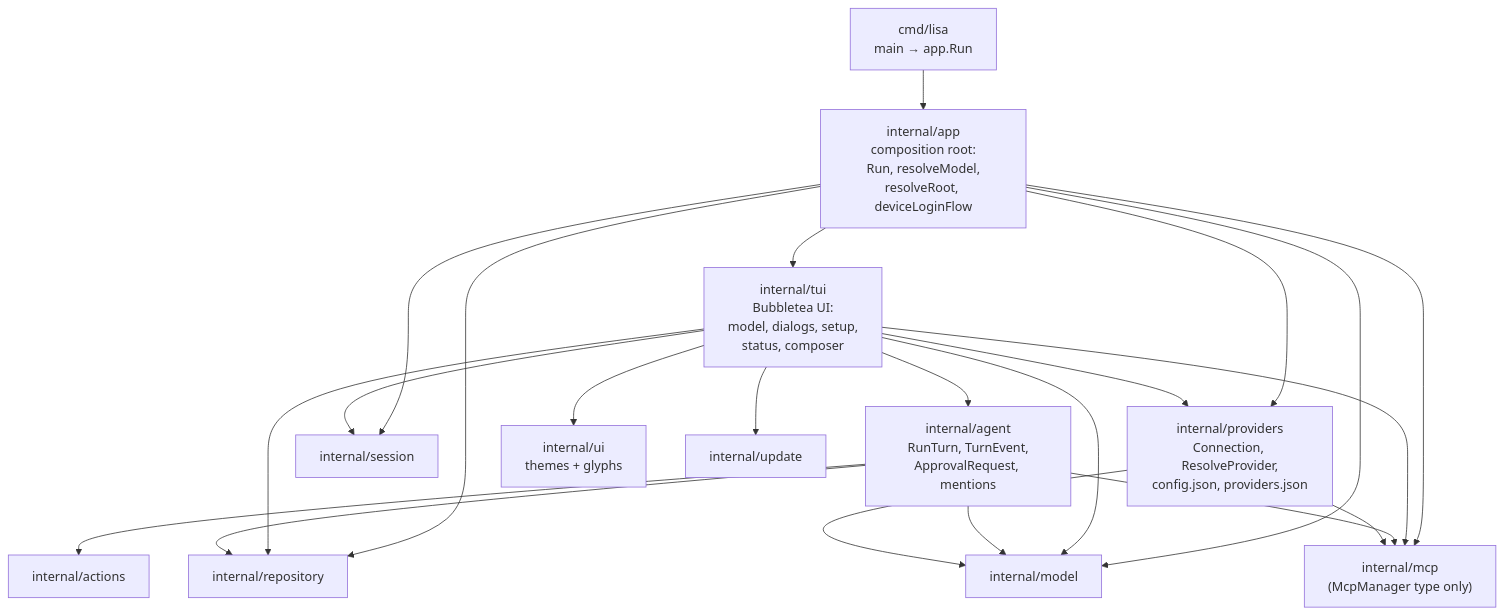
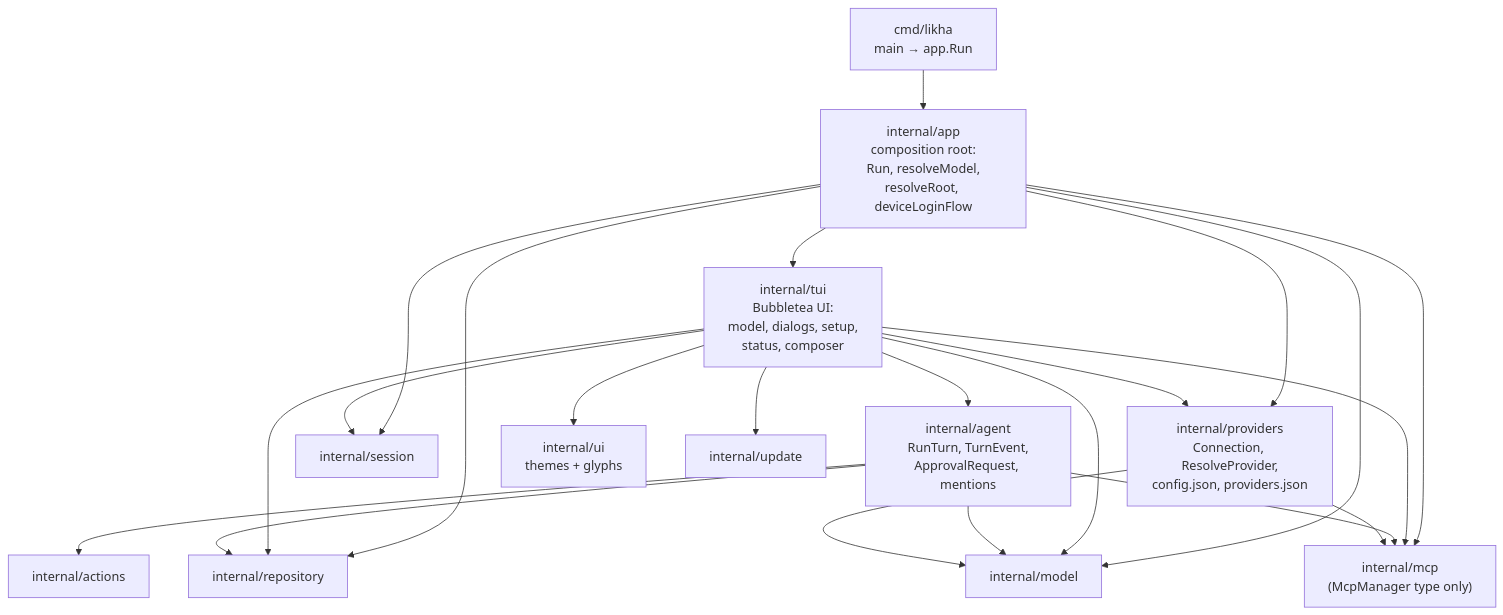
Before and after one commit to joshuagemvicente/likha: the diagram in ARCHITECTURE.md, drawn with Mermaid. The commit also changed other lines of this file and 179 other files, not shown here.

Commit message:
refactor: rename Lisa product and CLI to Likha

````diff
--- a/ARCHITECTURE.md
+++ b/ARCHITECTURE.md
@@ -9,24 +9,24 @@
 ```mermaid
 flowchart TD
-    cmd["cmd/lisa\nmain → app.Run"] --> app["internal/app\ncomposition root:\nRun, resolveModel,\nresolveRoot, deviceLoginFlow"]
+    cmd["cmd/likha\nmain → app.Run"] --> app["internal/app\ncomposition root:\nRun, resolveModel,\nresolveRoot, deviceLoginFlow"]
     app --> tui["internal/tui\nBubbletea UI:\nmodel, dialogs, setup,\nstatus, composer"]
     app --> providers["internal/providers\nConnection, ResolveProvider,\nconfig.json, providers.json"]
     app --> sess["internal/session"]
     app --> repo["internal/repository"]
     app --> model["internal/model"]
     app --> mcp["internal/mcp"]
     tui --> agent["internal/agent\nRunTurn, TurnEvent,\nApprovalRequest, mentions"]
     tui --> providers
     tui --> sess
     tui --> repo
     tui --> model
     tui --> mcp
     tui --> ui["internal/ui\nthemes + glyphs"]
     tui --> update["internal/update"]
     agent --> actions["internal/actions"]
     agent --> model
     agent --> repo
     agent --> mcp
     providers --> model
     providers --> mcp["internal/mcp\n(McpManager type only)"]
 ```
````
